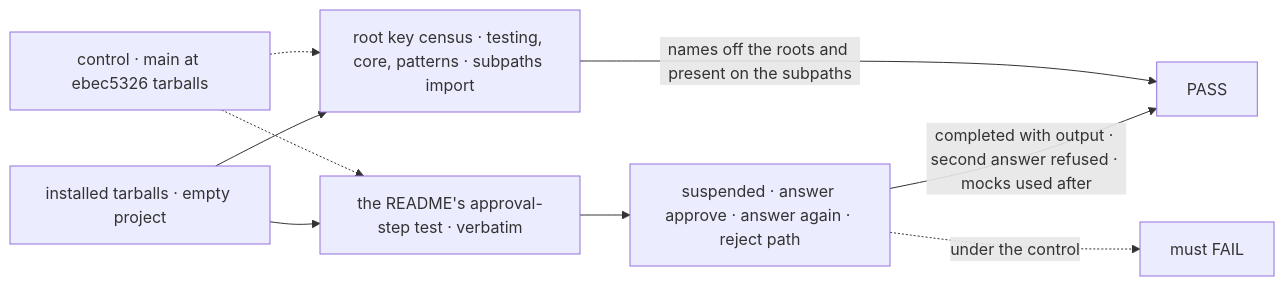
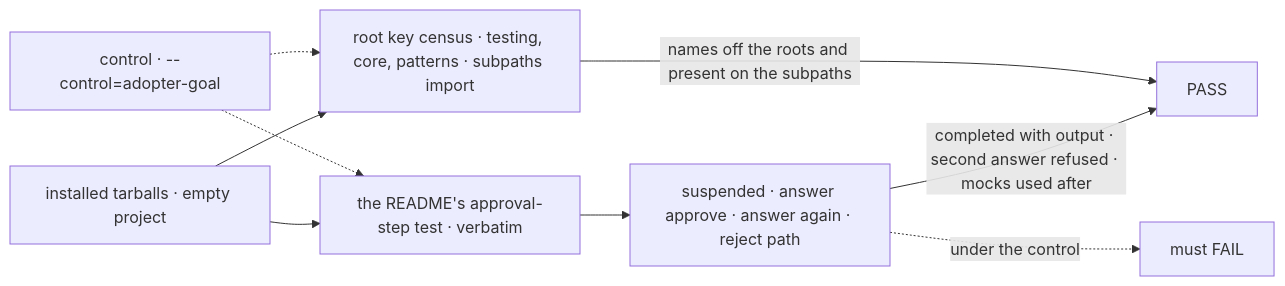
One commit to fixpoint-labs/flow-state-dev changed the first of 2 diagrams in specs/issues/FIX-2460/SPEC.md. Above: the diagram before and after it, drawn with Mermaid. The commit also changed other lines of this file and 1 other file, not shown here.

````diff
--- a/specs/issues/FIX-2460/SPEC.md
+++ b/specs/issues/FIX-2460/SPEC.md
@@ -34,11 +34,11 @@
 ```mermaid
 flowchart LR
   I["installed tarballs · empty project"] --> R["the README's approval-step test · verbatim"]
   R --> S["suspended · answer approve · answer again · reject path"]
   I --> E["root key census · testing, core, patterns · subpaths import"]
   S -->|"completed with output · second answer refused · mocks used after"| P["PASS"]
   E -->|"names off the roots and present on the subpaths"| P
-  C["control · main at ebec5326 tarballs"] -.-> R
+  C["control · --control=adopter-goal"] -.-> R
   C -.-> E
   S -.->|"under the control"| F["must FAIL"]
 ```
````
